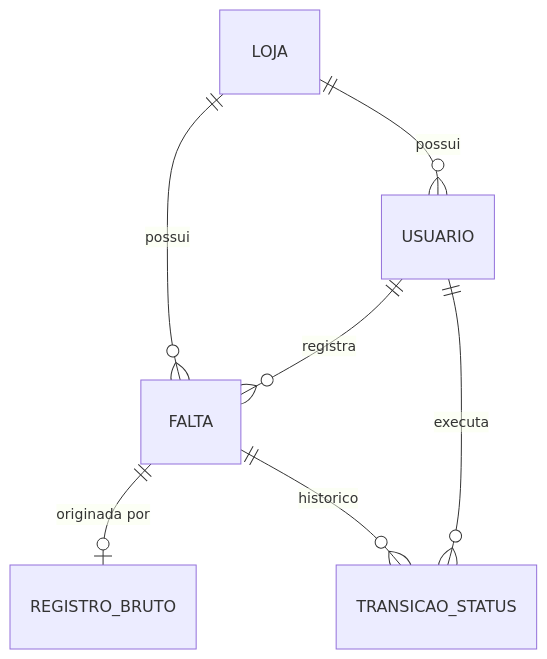
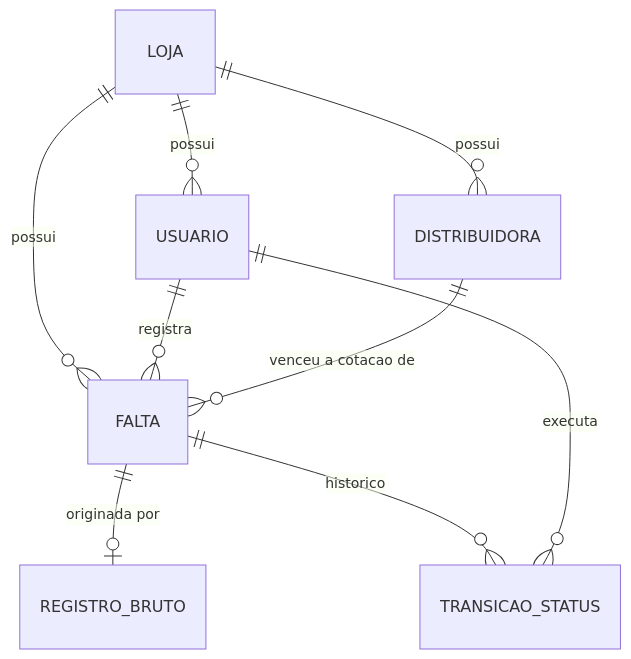
One commit to bruunosergio/meu-copiloto-backend changed the first of 2 diagrams in docs/02-modelo-dominio.md. Above: the diagram before and after it, drawn with Mermaid. The commit also changed other lines of this file and 37 other files, not shown here.

First line of the commit message:
feat: distribuidora vencedora ao marcar falta como comprada

````diff
--- a/docs/02-modelo-dominio.md
+++ b/docs/02-modelo-dominio.md
@@ -7,9 +7,11 @@
 ```mermaid
 erDiagram
     LOJA ||--o{ USUARIO : possui
     LOJA ||--o{ FALTA : possui
+    LOJA ||--o{ DISTRIBUIDORA : possui
     USUARIO ||--o{ FALTA : registra
+    DISTRIBUIDORA ||--o{ FALTA : "venceu a cotacao de"
     FALTA ||--o| REGISTRO_BRUTO : "originada por"
     FALTA ||--o{ TRANSICAO_STATUS : "historico"
     USUARIO ||--o{ TRANSICAO_STATUS : executa
 ```
````
